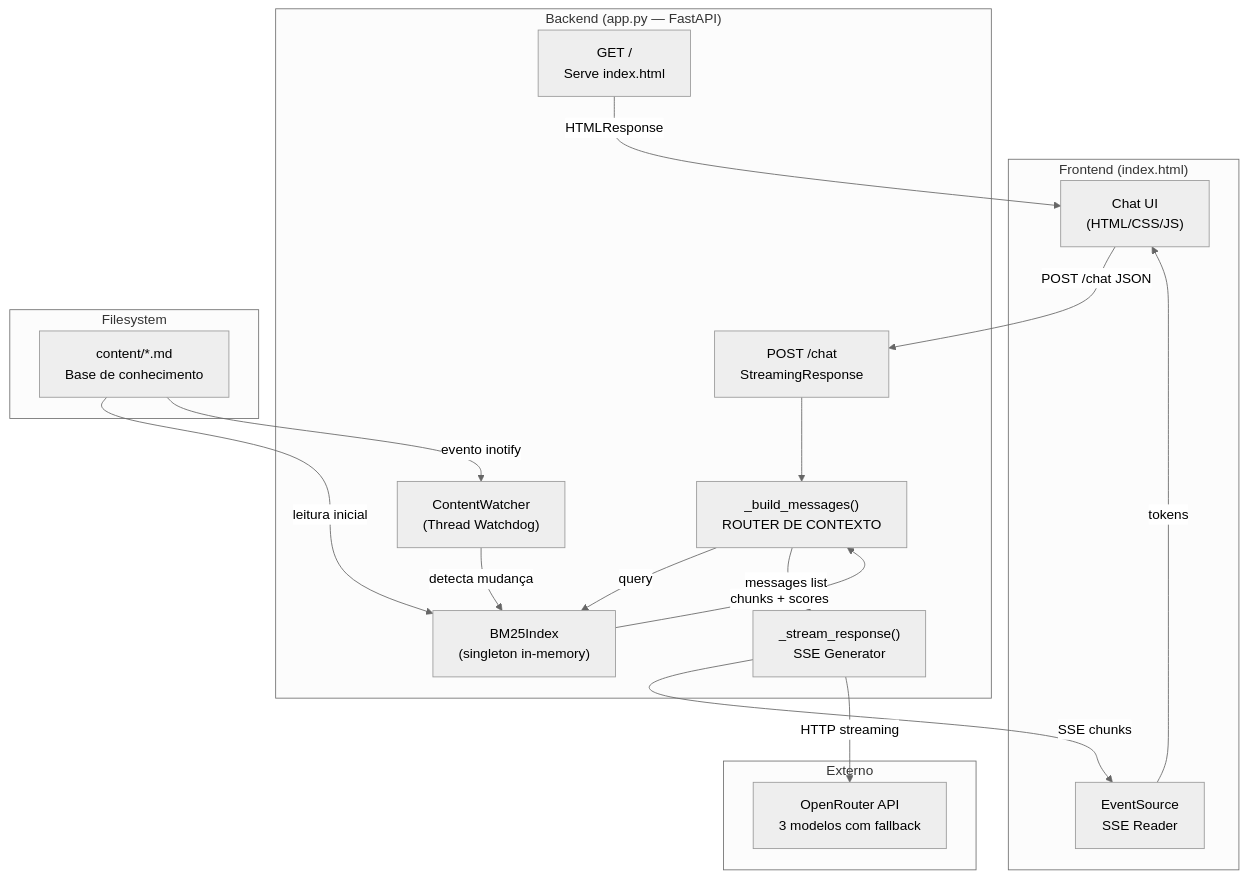
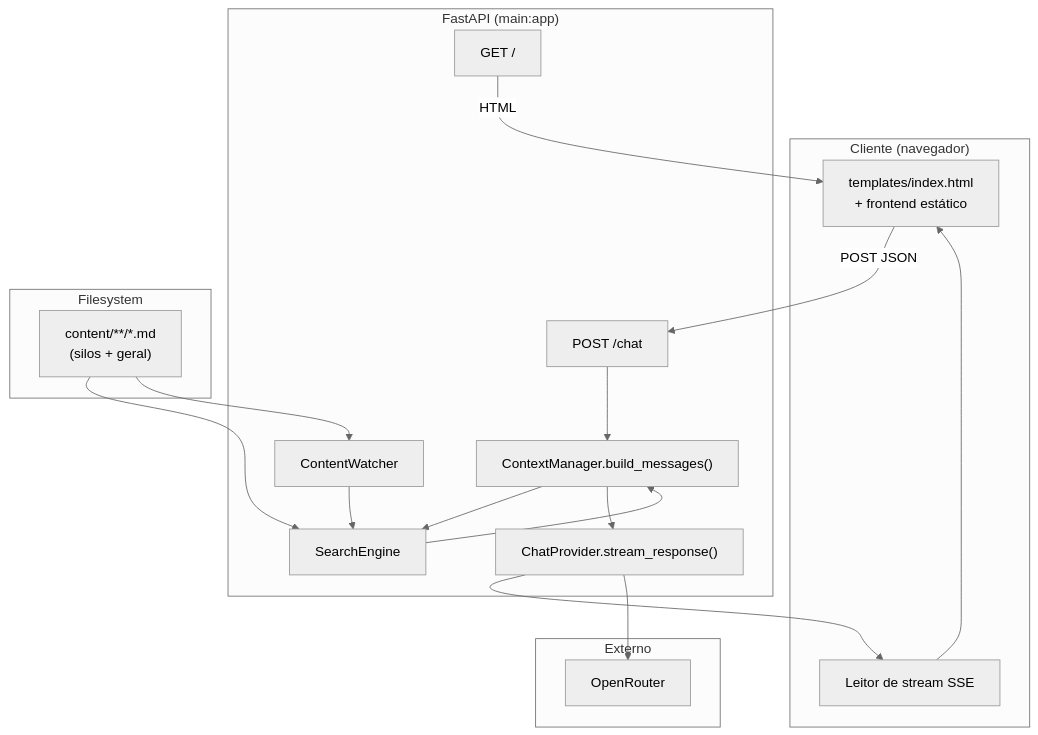
One commit to GaabDevWeb/KernelBot changed the first of 2 diagrams in documentation.md. Above: the diagram before and after it, drawn with Mermaid (neutral theme). The commit also changed other lines of this file and 100 other files, not shown here.

````diff
--- a/documentation.md
+++ b/documentation.md
@@ -42,38 +141,37 @@
 ```mermaid
 flowchart TD
-    subgraph Frontend["Frontend (index.html)"]
-        UI["Chat UI\n(HTML/CSS/JS)"]
-        SSE["EventSource\nSSE Reader"]
+    subgraph Frontend["Cliente (navegador)"]
+        UI["templates/index.html\n+ frontend estático"]
+        SSE["Leitor de stream SSE"]
     end
 
-    subgraph Backend["Backend (app.py — FastAPI)"]
-        EP_HOME["GET /\nServe index.html"]
-        EP_CHAT["POST /chat\nStreamingResponse"]
-        ROUTER["_build_messages()\nROUTER DE CONTEXTO"]
-        BM25["BM25Index\n(singleton in-memory)"]
-        WATCHER["ContentWatcher\n(Thread Watchdog)"]
-        STREAM["_stream_response()\nSSE Generator"]
+    subgraph Backend["FastAPI (main:app)"]
+        EP_HOME["GET /"]
+        EP_CHAT["POST /chat"]
+        ROUTER["ContextManager.build_messages()"]
+        BM25["SearchEngine"]
+        WATCHER["ContentWatcher"]
+        STREAM["ChatProvider.stream_response()"]
     end
 
     subgraph External["Externo"]
-        OR["OpenRouter API\n3 modelos com fallback"]
+        OR["OpenRouter"]
     end
 
     subgraph FS["Filesystem"]
-        MD["content/*.md\nBase de conhecimento"]
+        MD["content/**/*.md\n(silos + geral)"]
     end
 
-    UI -->|POST /chat JSON| EP_CHAT
-    EP_HOME -->|HTMLResponse| UI
+    UI -->|POST JSON| EP_CHAT
+    EP_HOME -->|HTML| UI
     EP_CHAT --> ROUTER
-    ROUTER -->|query| BM25
-    BM25 -->|chunks + scores| ROUTER
-    ROUTER -->|messages list| STREAM
-    STREAM -->|SSE chunks| SSE
-    SSE -->|tokens| UI
-
-    WATCHER -->|detecta mudança| BM25
-    MD -->|leitura inicial| BM25
-    MD -->|evento inotify| WATCHER
-    STREAM -->|HTTP streaming| OR
+    ROUTER --> BM25
+    BM25 --> ROUTER
+    ROUTER --> STREAM
+    STREAM --> SSE
+    SSE --> UI
+    WATCHER --> BM25
+    MD --> BM25
+    MD --> WATCHER
+    STREAM --> OR
 ```
````
